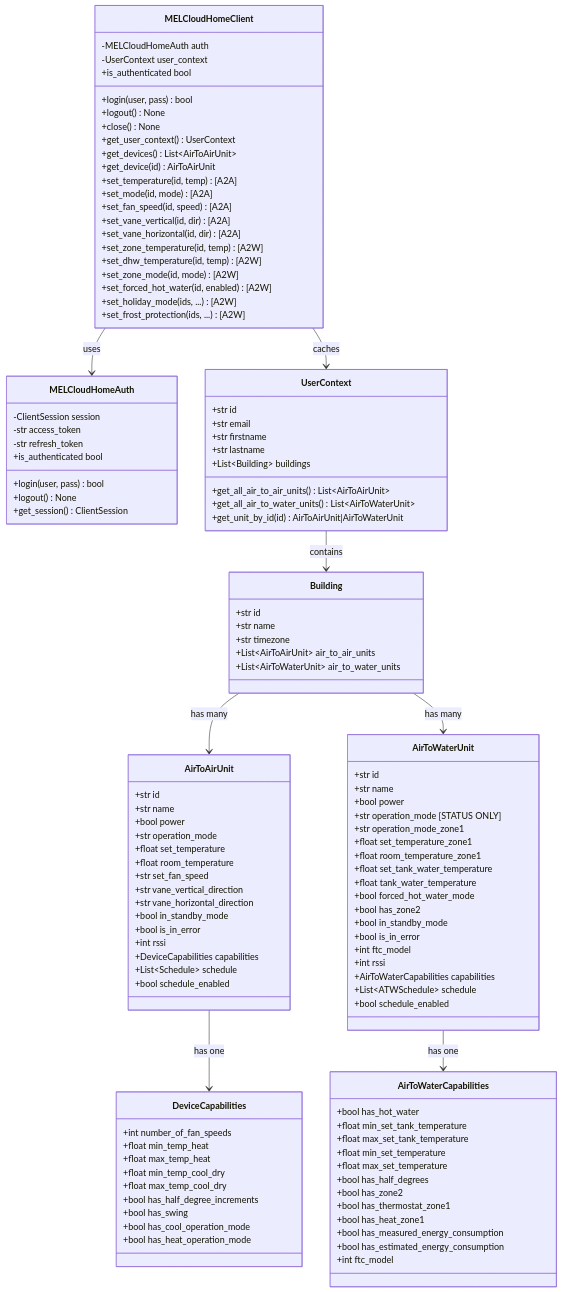
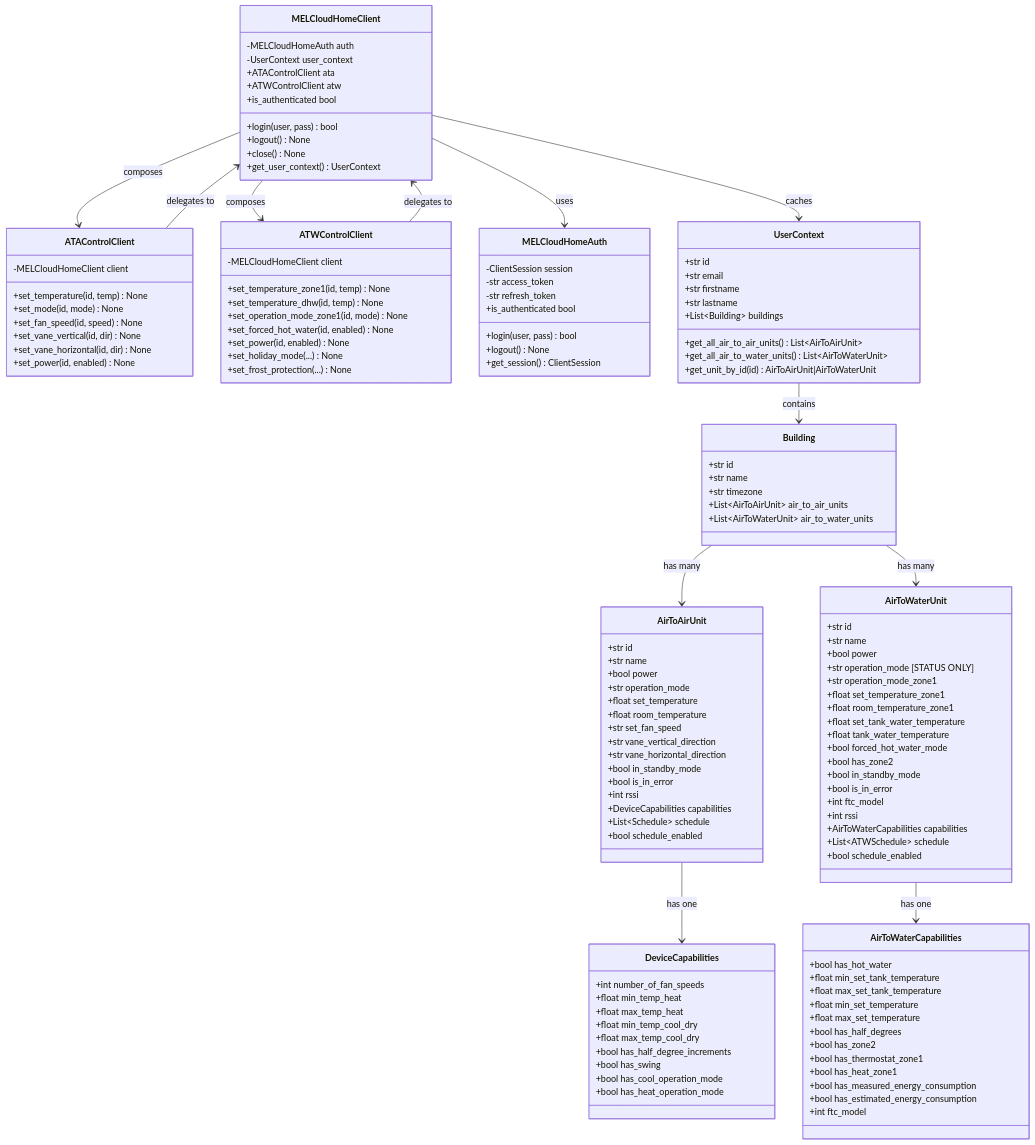
Before and after one commit to andrew-blake/melcloudhome: the sixth of 7 diagrams in docs/architecture.md, drawn with Mermaid. The commit also changed other lines of this file and 4 other files, not shown here.

First line of the commit message:
docs: Fix post-refactor documentation inconsistencies and ATW device discovery bug

```diff
--- a/docs/architecture.md
+++ b/docs/architecture.md
@@ -539,24 +580,34 @@
     class MELCloudHomeClient {
         -MELCloudHomeAuth auth
         -UserContext user_context
+        +ATAControlClient ata
+        +ATWControlClient atw
         +login(user, pass) bool
         +logout() None
         +close() None
         +is_authenticated bool
         +get_user_context() UserContext
-        +get_devices() List~AirToAirUnit~
-        +get_device(id) AirToAirUnit
-        +set_temperature(id, temp) [A2A]
-        +set_mode(id, mode) [A2A]
-        +set_fan_speed(id, speed) [A2A]
-        +set_vane_vertical(id, dir) [A2A]
-        +set_vane_horizontal(id, dir) [A2A]
-        +set_zone_temperature(id, temp) [A2W]
-        +set_dhw_temperature(id, temp) [A2W]
-        +set_zone_mode(id, mode) [A2W]
-        +set_forced_hot_water(id, enabled) [A2W]
-        +set_holiday_mode(ids, ...) [A2W]
-        +set_frost_protection(ids, ...) [A2W]
+    }
+
+    class ATAControlClient {
+        -MELCloudHomeClient client
+        +set_temperature(id, temp) None
+        +set_mode(id, mode) None
+        +set_fan_speed(id, speed) None
+        +set_vane_vertical(id, dir) None
+        +set_vane_horizontal(id, dir) None
+        +set_power(id, enabled) None
+    }
+
+    class ATWControlClient {
+        -MELCloudHomeClient client
+        +set_temperature_zone1(id, temp) None
+        +set_temperature_dhw(id, temp) None
+        +set_operation_mode_zone1(id, mode) None
+        +set_forced_hot_water(id, enabled) None
+        +set_power(id, enabled) None
+        +set_holiday_mode(...) None
+        +set_frost_protection(...) None
     }
 
     class MELCloudHomeAuth {
@@ -655,6 +706,10 @@
     }
 
     MELCloudHomeClient --> MELCloudHomeAuth : uses
+    MELCloudHomeClient --> ATAControlClient : composes
+    MELCloudHomeClient --> ATWControlClient : composes
+    ATAControlClient --> MELCloudHomeClient : delegates to
+    ATWControlClient --> MELCloudHomeClient : delegates to
     MELCloudHomeClient --> UserContext : caches
     UserContext --> Building : contains
     Building --> AirToAirUnit : has many
```
